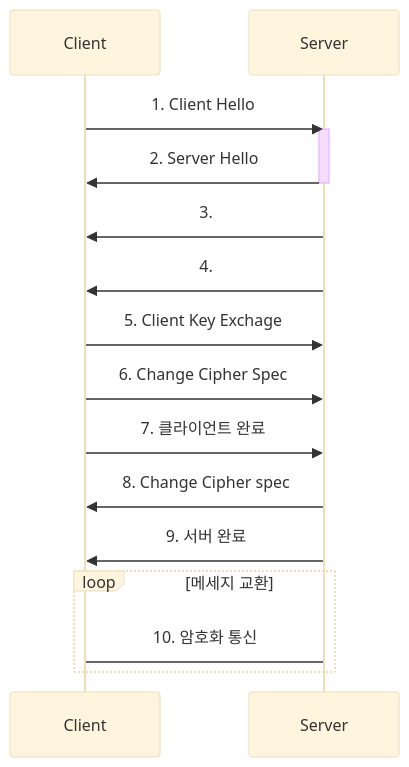
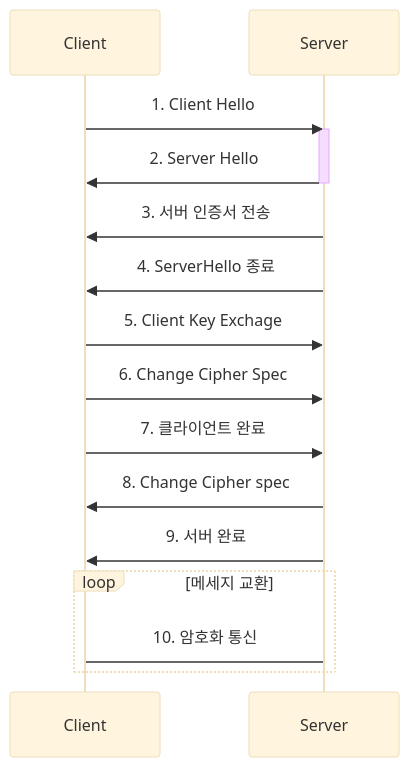
Before and after one commit to 1sonjm/1sonjm.github.io: the diagram in _posts/develop/etc/2019-02-12-TLS.md, drawn with Mermaid (base theme). The commit also changed other lines of this file, not shown here.

Commit message:
_posts/develop/etc/2019-02-12-TLS.md updated from https://stackedit.io/

````diff
--- a/_posts/develop/etc/2019-02-12-TLS.md
+++ b/_posts/develop/etc/2019-02-12-TLS.md
@@ -12,17 +12,17 @@
 ```mermaid
 sequenceDiagram
     Client->>Server: 1. Client Hello
     activate Server
     Server->>Client: 2. Server Hello
     deactivate Server
-    Server->>Client: 3. 
-    Server->>Client: 4. 
+    Server->>Client: 3. 서버 인증서 전송
+    Server->>Client: 4. ServerHello 종료
     Client->>Server: 5. Client Key Exchage
     Client->>Server: 6. Change Cipher Spec
     Client->>Server: 7. 클라이언트 완료
     Server->>Client: 8. Change Cipher spec
     Server->>Client: 9. 서버 완료
     loop 메세지 교환
     Server->Client: 10. 암호화 통신
     end
 ```
````
